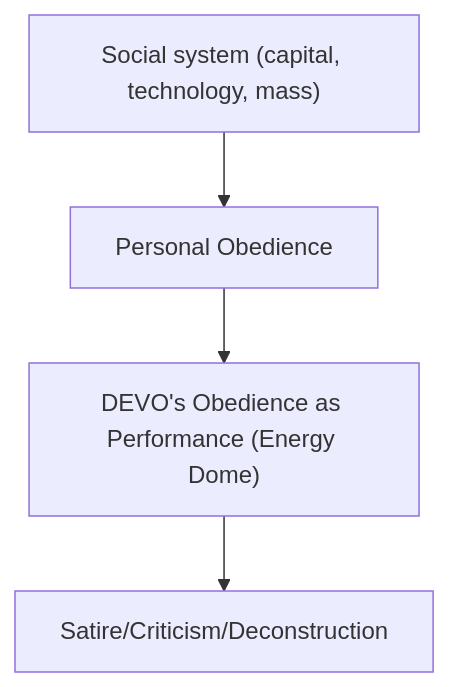
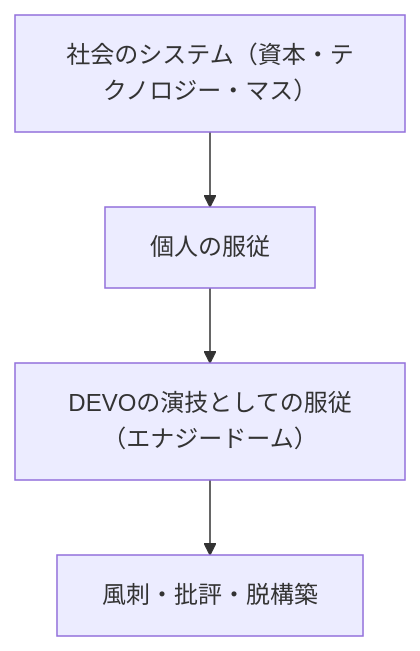
The first of 2 diagrams in en/_posts/2025-10-28-column-devo-energy-dome.md (monumental-movement/monumental-movement.github.io), drawn with Mermaid before and after one commit. The commit also changed other lines of this file and 1701 other files, not shown here.

```diff
--- a/en/_posts/2025-10-28-column-devo-energy-dome.md
+++ b/en/_posts/2025-10-28-column-devo-energy-dome.md
@@ -116,12 +114,12 @@
 <div class="mermaid">
 
 graph TD
-A["Social system (capital, technology, mass)"]
-B["Personal Obedience"]
-C["DEVO's Obedience as Performance (Energy Dome)"]
-D["Satire/Criticism/Deconstruction"]
-A --> B
-B --> C
-C --> D
+  A["社会のシステム（資本・テクノロジー・マス）"]
+  B["個人の服従"]
+  C["DEVOの演技としての服従（エナジードーム）"]
+  D["風刺・批評・脱構築"]
+  A --> B
+  B --> C
+  C --> D
 
 </div>
```
